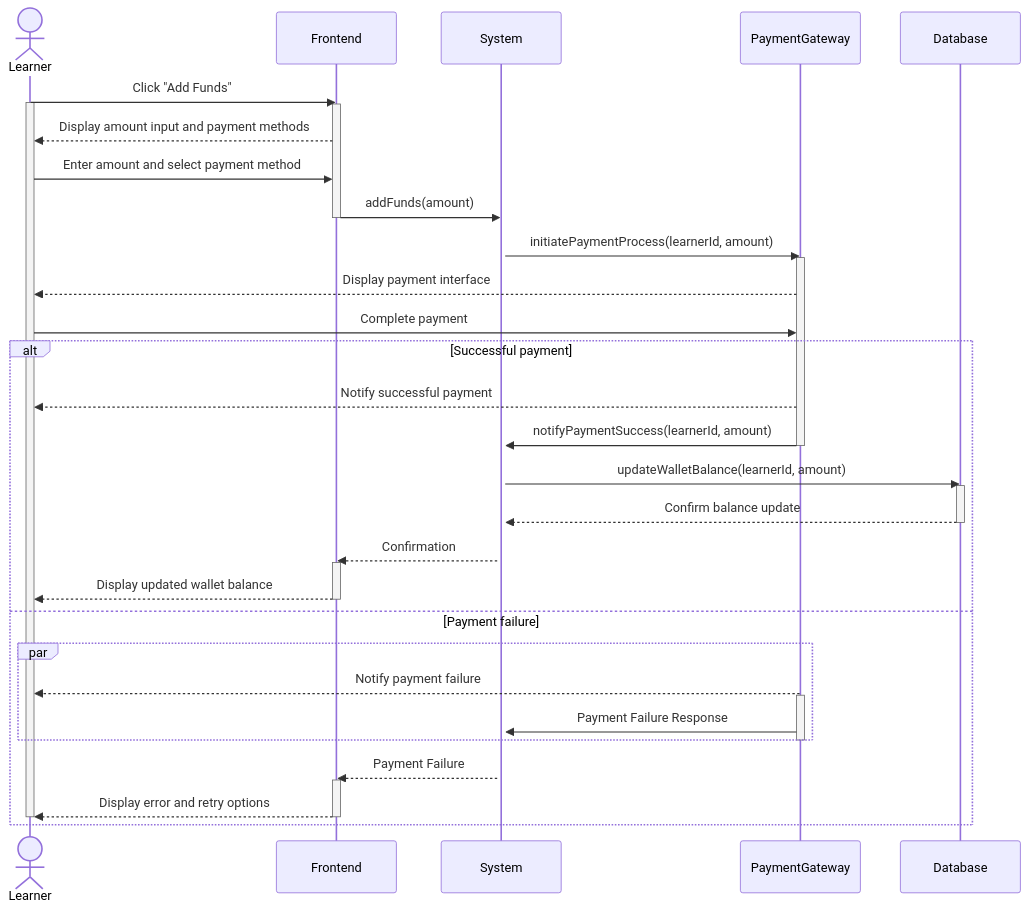
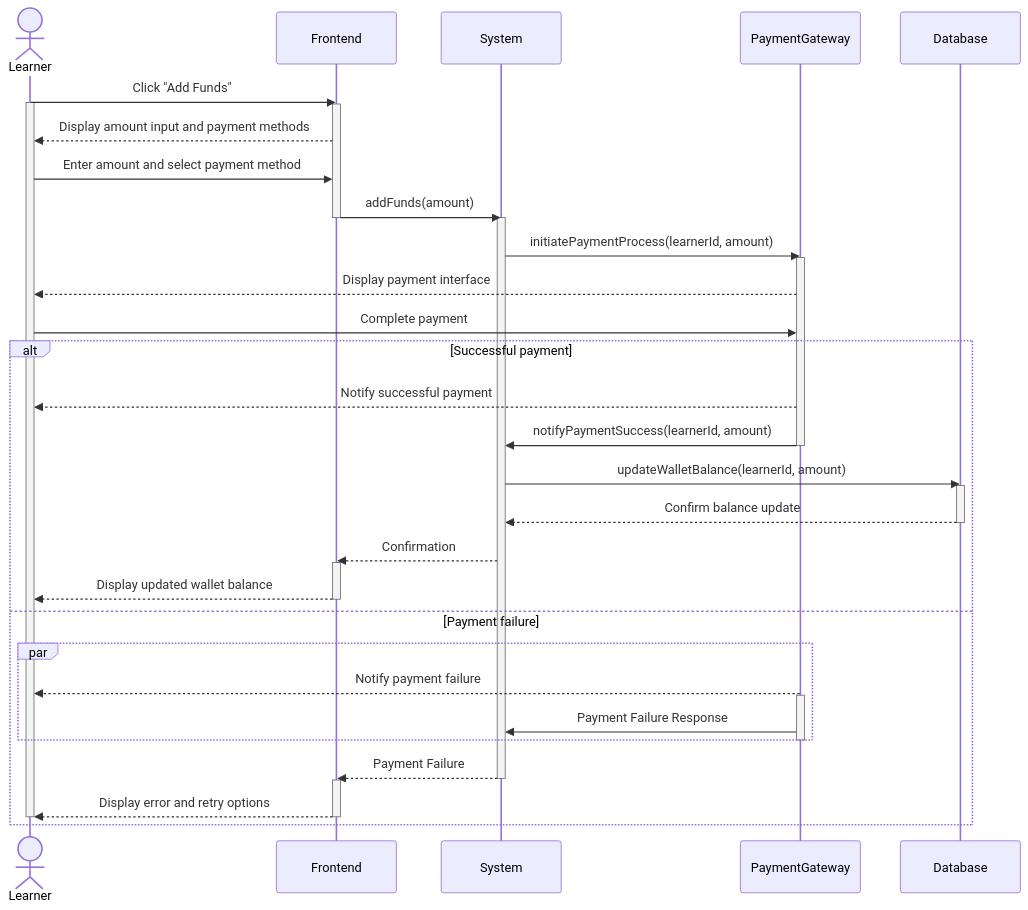
Before and after one commit to Shaar03/Diagrams: the diagram in addFundsToWallet.mermaid, drawn with Mermaid.

Commit message:
deactivate

```diff
--- a/addFundsToWallet.mermaid
+++ b/addFundsToWallet.mermaid
@@ -1,49 +1,50 @@
 sequenceDiagram
     actor Learner
     participant Frontend
     participant System
     participant PaymentGateway
     participant Database
 
     Learner->>Frontend: Click "Add Funds"
     activate Learner
     activate Frontend
     Frontend-->>Learner: Display amount input and payment methods
     Learner->>Frontend: Enter amount and select payment method
     Frontend->>System: addFunds(amount)
     activate System
     deactivate Frontend
     
     System->>PaymentGateway: initiatePaymentProcess(learnerId, amount)
     activate PaymentGateway
     PaymentGateway-->>Learner: Display payment interface
 
     Learner->>PaymentGateway: Complete payment
     alt Successful payment
         PaymentGateway-->>Learner: Notify successful payment
         PaymentGateway->>System: notifyPaymentSuccess(learnerId, amount)
         deactivate PaymentGateway
         
         System->>Database: updateWalletBalance(learnerId, amount)
         activate Database
         Database-->>System: Confirm balance update
         deactivate Database
         
         System-->>Frontend: Confirmation
         activate Frontend
         Frontend-->>Learner: Display updated wallet balance
         deactivate Frontend
     else Payment failure
         par
             PaymentGateway-->>Learner: Notify payment failure
             activate PaymentGateway
             PaymentGateway->>System: Payment Failure Response
         end
         deactivate PaymentGateway
         
         System-->>Frontend: Payment Failure 
+        deactivate System
         activate Frontend
         Frontend-->>Learner: Display error and retry options
         deactivate Learner
         deactivate Frontend
     end
```
